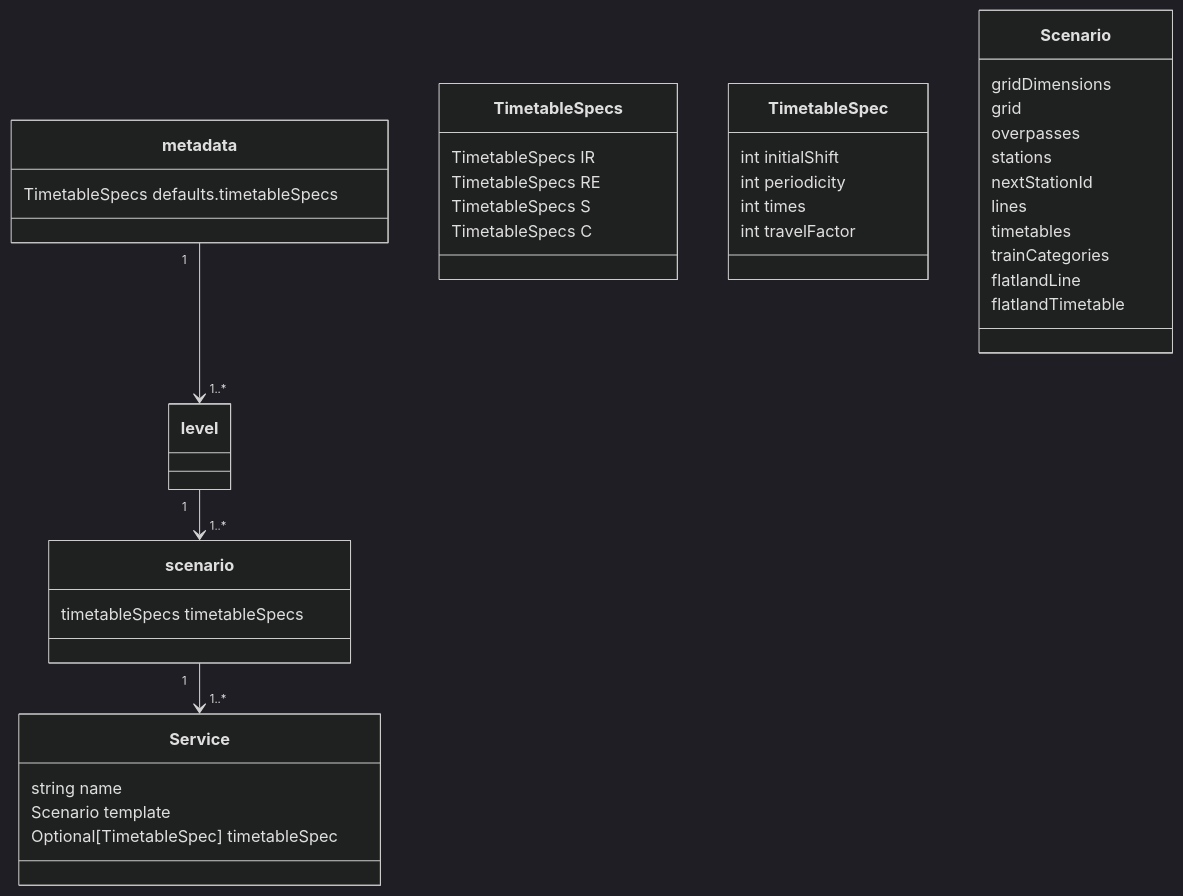
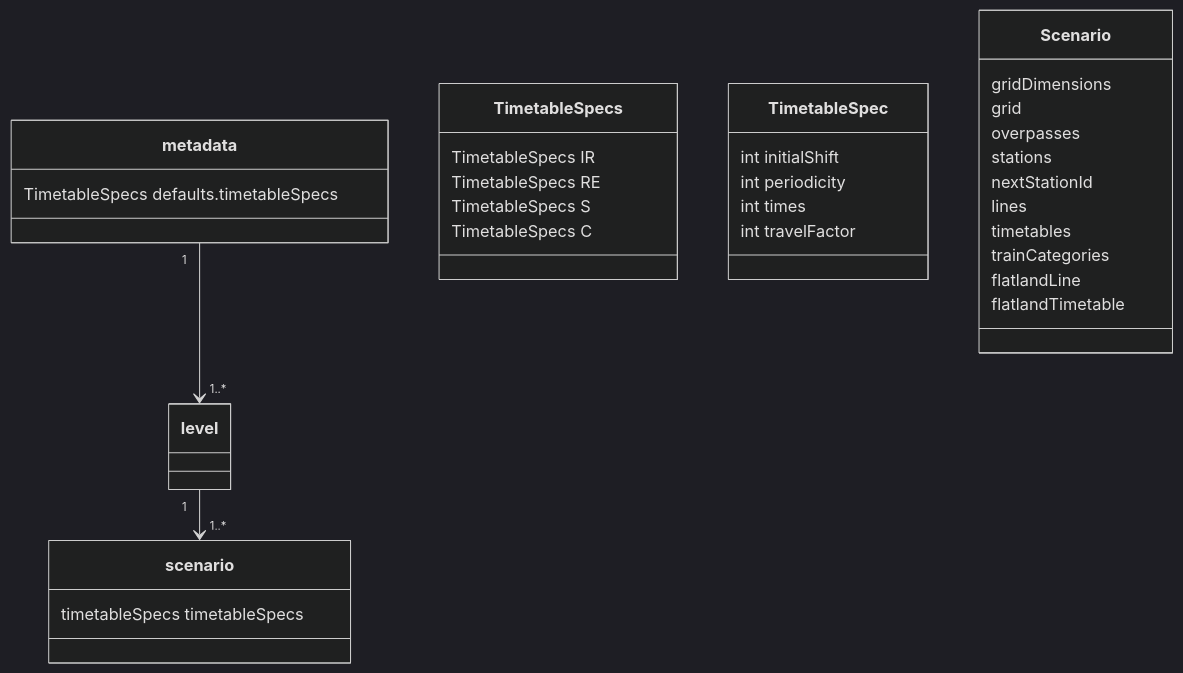
One commit to flatland-association/flatland-scenarios changed the first of 3 diagrams in scenario_generator/README.md. Above: the diagram before and after it, drawn with Mermaid (dark theme). The commit also changed other lines of this file, not shown here.

````diff
--- a/scenario_generator/README.md
+++ b/scenario_generator/README.md
@@ -21,43 +21,37 @@
 ```mermaid
 classDiagram
   class metadata {
     TimetableSpecs defaults.timetableSpecs
   }
   class scenario {
     timetableSpecs timetableSpecs
   }
   metadata "1" --> "1..*" level
   level "1" --> "1..*" scenario
-  scenario "1" --> "1..*" Service
   class TimetableSpecs {
     TimetableSpecs IR
     TimetableSpecs RE
     TimetableSpecs S
     TimetableSpecs C
   }
   class TimetableSpec {
     int initialShift
     int periodicity
     int times
     int travelFactor
-  }
-  class Service {
-    string name
-    Scenario template
-    Optional[TimetableSpec] timetableSpec
   }
 
   class Scenario {
     gridDimensions
     grid
     overpasses
     stations
     nextStationId
     lines
     timetables
     trainCategories
     flatlandLine
     flatlandTimetable
   }
 
 ```
````
